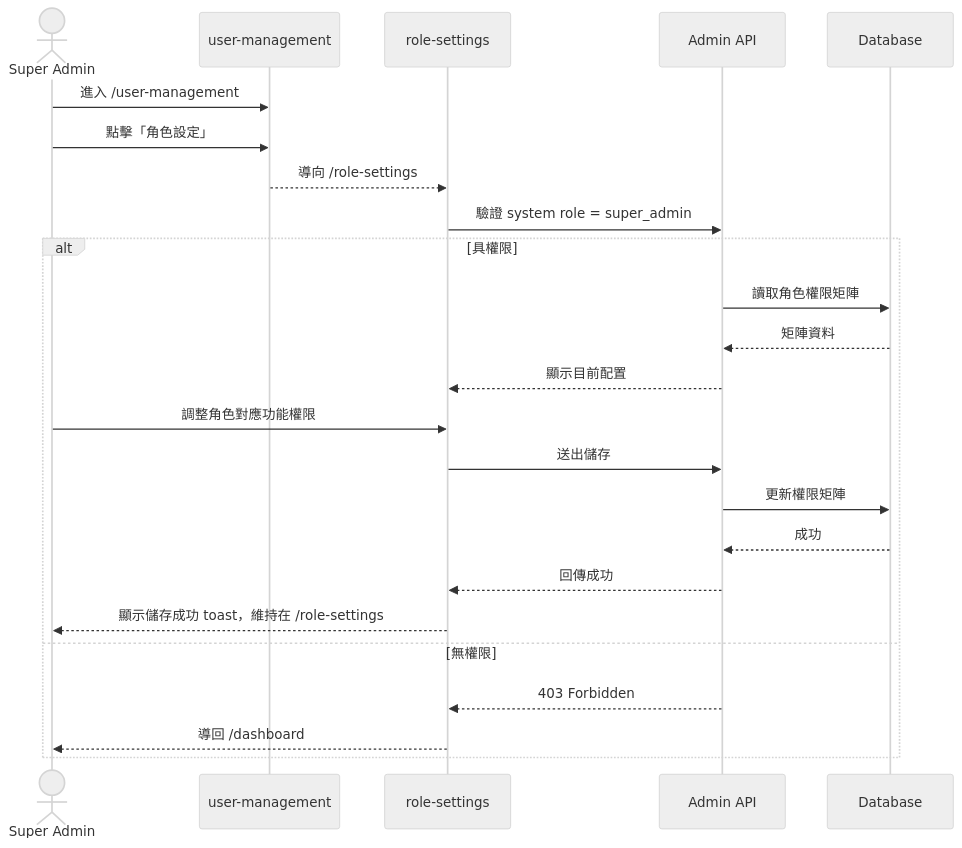
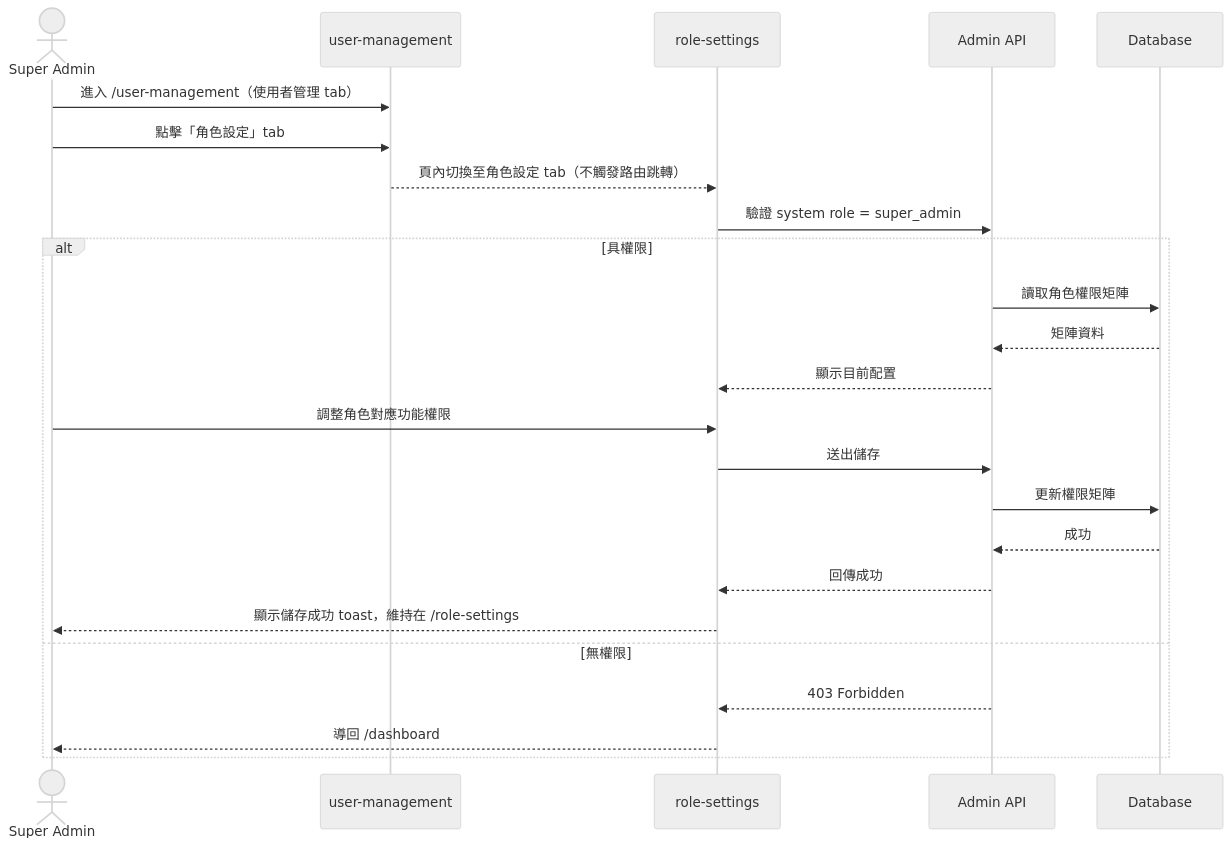
One commit to singyichen/label-suite changed the first of 2 diagrams in specs/admin/007-role-settings/spec.md. Above: the diagram before and after it, drawn with Mermaid (neutral theme). The commit also changed other lines of this file and 2 other files, not shown here.

First line of the commit message:
docs(admin): refactor user-management and role-settings to tab-based navigation

````diff
--- a/specs/admin/007-role-settings/spec.md
+++ b/specs/admin/007-role-settings/spec.md
@@ -19,28 +19,28 @@
 ```mermaid
 sequenceDiagram
     actor SA as Super Admin
     participant UM as user-management
     participant RS as role-settings
     participant API as Admin API
     participant DB as Database
 
-    SA->>UM: 進入 /user-management
-    SA->>UM: 點擊「角色設定」
-    UM-->>RS: 導向 /role-settings
+    SA->>UM: 進入 /user-management（使用者管理 tab）
+    SA->>UM: 點擊「角色設定」tab
+    UM-->>RS: 頁內切換至角色設定 tab（不觸發路由跳轉）
     RS->>API: 驗證 system role = super_admin
 
     alt 具權限
         API->>DB: 讀取角色權限矩陣
         DB-->>API: 矩陣資料
         API-->>RS: 顯示目前配置
         SA->>RS: 調整角色對應功能權限
         RS->>API: 送出儲存
         API->>DB: 更新權限矩陣
         DB-->>API: 成功
         API-->>RS: 回傳成功
         RS-->>SA: 顯示儲存成功 toast，維持在 /role-settings
     else 無權限
         API-->>RS: 403 Forbidden
         RS-->>SA: 導回 /dashboard
     end
 ```
````
